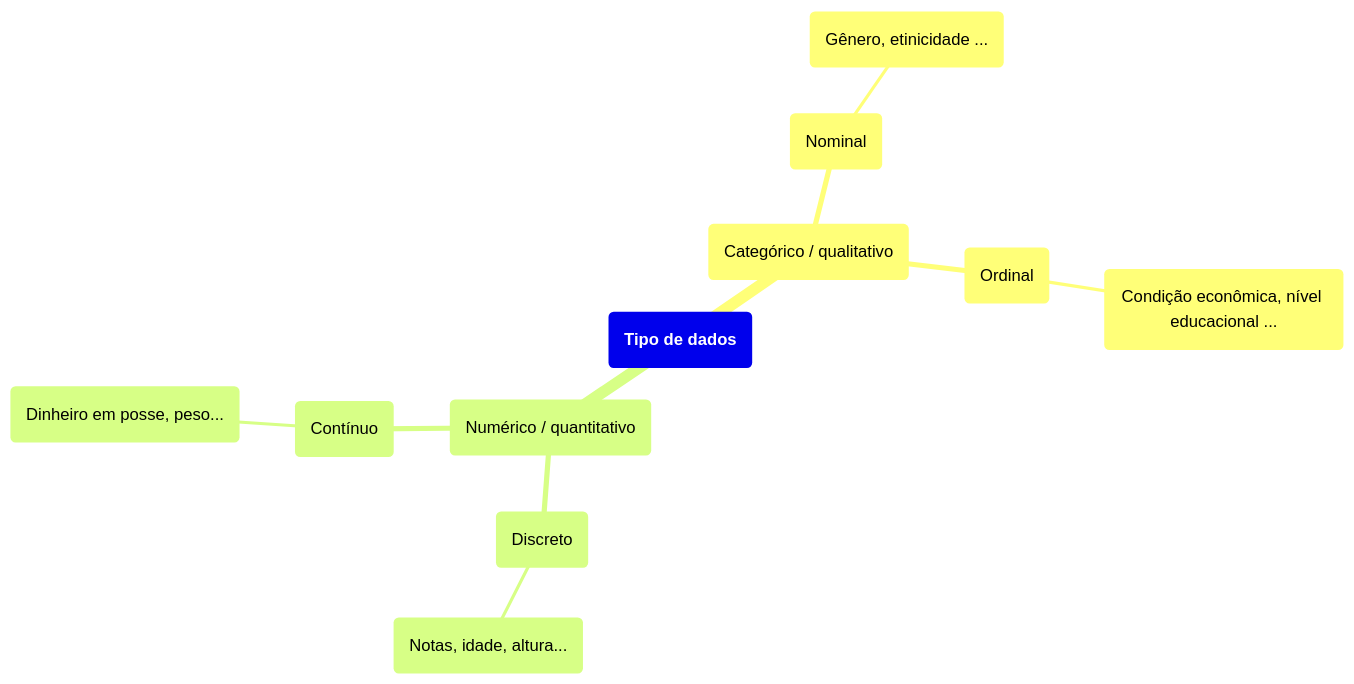
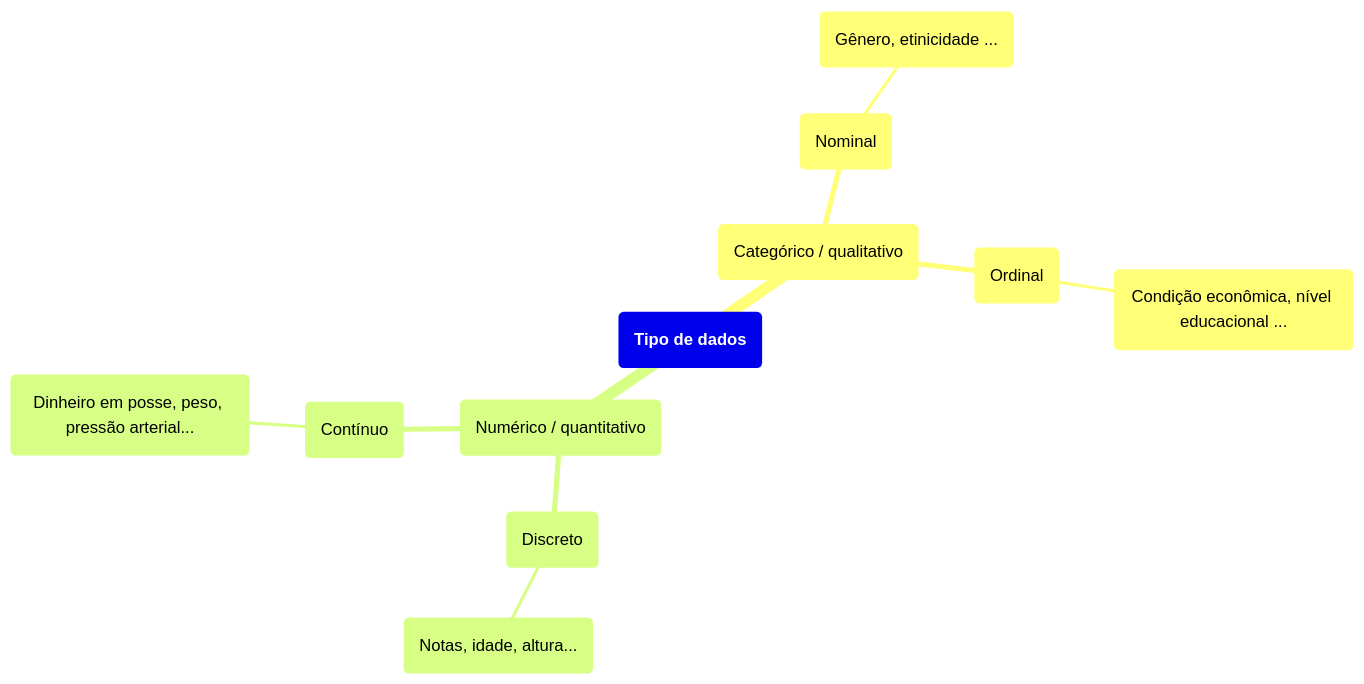
The second of 2 diagrams in Statistics/Introduction to Statistics & Data Analysis: 3rd Edition/README.md (MarvinSilcGit/Learning), drawn with Mermaid before and after one commit. The commit also changed other lines of this file, not shown here.

````diff
--- a/Statistics/Introduction to Statistics & Data Analysis: 3rd Edition/README.md
+++ b/Statistics/Introduction to Statistics & Data Analysis: 3rd Edition/README.md
@@ -109,14 +109,14 @@
 ```mermaid
 mindmap
   (**Tipo de dados**)
     (Categórico / qualitativo)
       (Nominal)
         (Gênero, etinicidade ...)
       (Ordinal)
         (Condição econômica, nível educacional ...)
     (Numérico / quantitativo)
       (Discreto)
         (Notas, idade, altura...)
       (Contínuo)
-        (Dinheiro em posse, peso...)
+        (Dinheiro em posse, peso, pressão arterial...)
 ```
````
